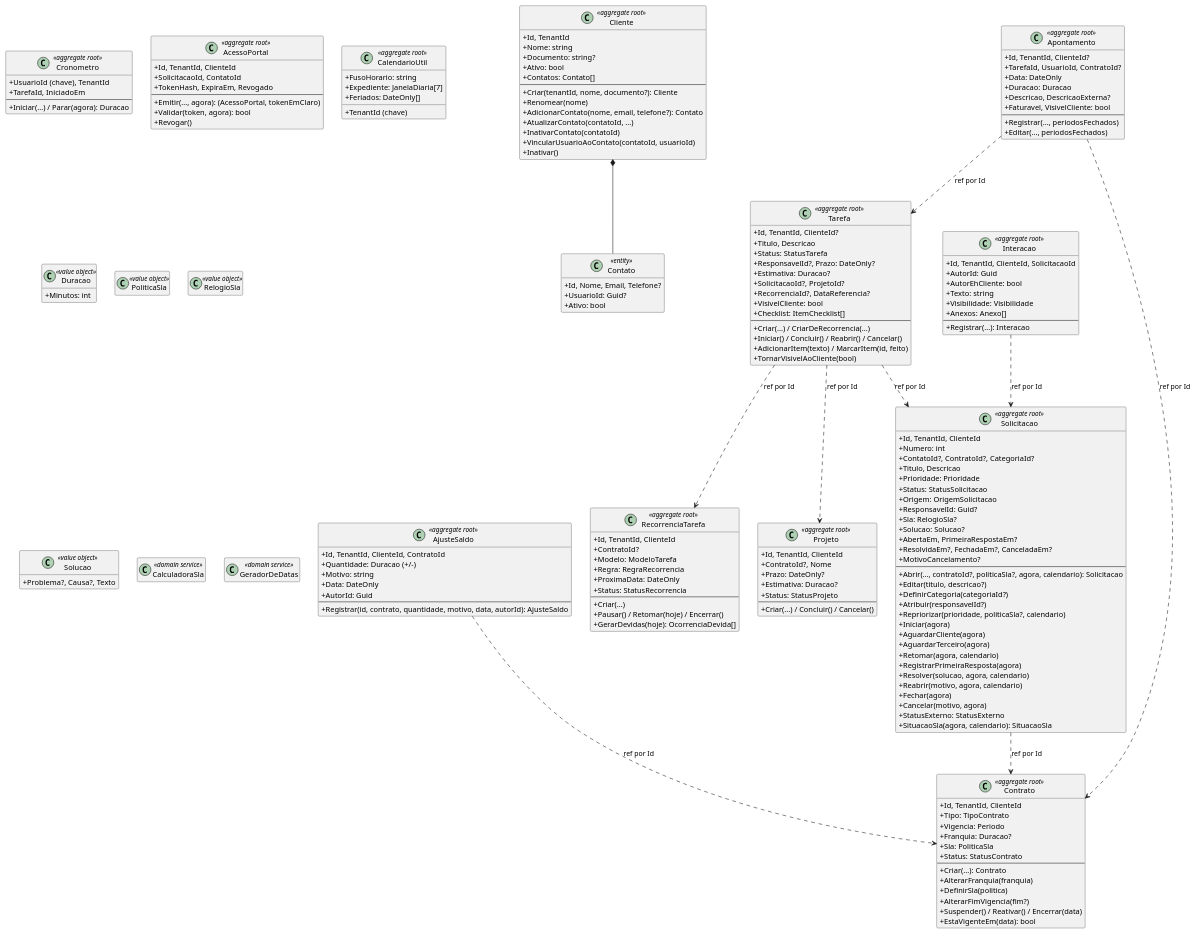
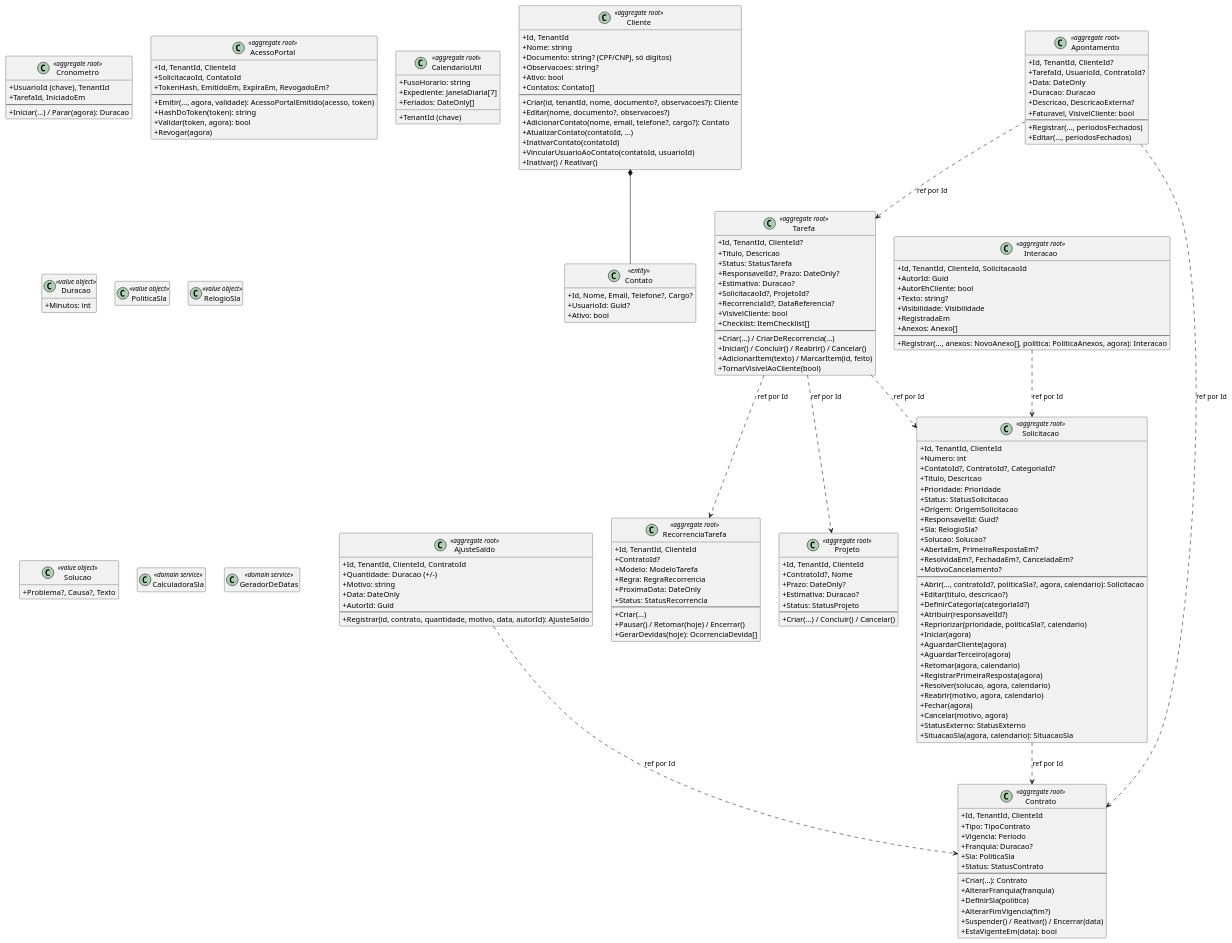
The diagram in docs/modelo-de-dominio-acordu.md (dansantxs/Acordu), drawn with PlantUML before and after one commit. The commit also changed other lines of this file and 1 other file, not shown here.

Commit message:
docs: registra decisões de clientes e portal no modelo e nas convenções
Claude-Session: https://claude.ai/code/session_01Q4jcmKSiES14YmYepFtot8

```diff
--- a/docs/modelo-de-dominio-acordu.md
+++ b/docs/modelo-de-dominio-acordu.md
@@ -35,20 +35,21 @@
 class Cliente <<aggregate root>> {
   +Id, TenantId
   +Nome: string
-  +Documento: string?
+  +Documento: string? (CPF/CNPJ, só dígitos)
+  +Observacoes: string?
   +Ativo: bool
   +Contatos: Contato[]
   --
-  +Criar(tenantId, nome, documento?): Cliente
-  +Renomear(nome)
-  +AdicionarContato(nome, email, telefone?): Contato
+  +Criar(id, tenantId, nome, documento?, observacoes?): Cliente
+  +Editar(nome, documento?, observacoes?)
+  +AdicionarContato(nome, email, telefone?, cargo?): Contato
   +AtualizarContato(contatoId, ...)
   +InativarContato(contatoId)
   +VincularUsuarioAoContato(contatoId, usuarioId)
-  +Inativar()
+  +Inativar() / Reativar()
 }
 class Contato <<entity>> {
-  +Id, Nome, Email, Telefone?
+  +Id, Nome, Email, Telefone?, Cargo?
   +UsuarioId: Guid?
   +Ativo: bool
 }
@@ -116,11 +117,12 @@
   +Id, TenantId, ClienteId, SolicitacaoId
   +AutorId: Guid
   +AutorEhCliente: bool
-  +Texto: string
+  +Texto: string?
   +Visibilidade: Visibilidade
+  +RegistradaEm
   +Anexos: Anexo[]
   --
-  +Registrar(...): Interacao
+  +Registrar(..., anexos: NovoAnexo[], politica: PoliticaAnexos, agora): Interacao
 }
 
 class Tarefa <<aggregate root>> {
@@ -185,11 +187,12 @@
 class AcessoPortal <<aggregate root>> {
   +Id, TenantId, ClienteId
   +SolicitacaoId, ContatoId
-  +TokenHash, ExpiraEm, Revogado
+  +TokenHash, EmitidoEm, ExpiraEm, RevogadoEm?
   --
-  +Emitir(..., agora): (AcessoPortal, tokenEmClaro)
+  +Emitir(..., agora, validade): AcessoPortalEmitido(acesso, token)
+  +HashDoToken(token): string
   +Validar(token, agora): bool
-  +Revogar()
+  +Revogar(agora)
 }
 
 class CalendarioUtil <<aggregate root>> {
```
